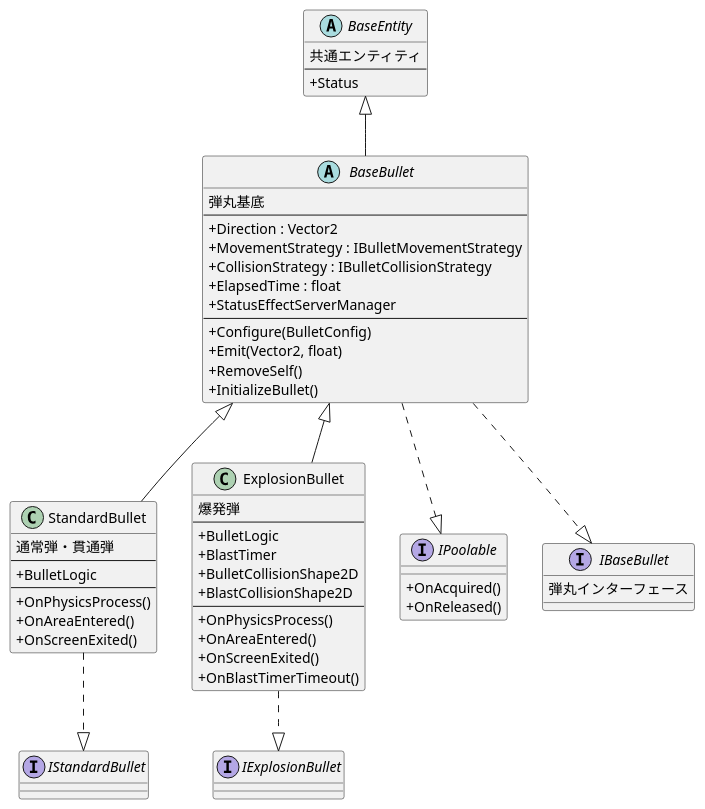
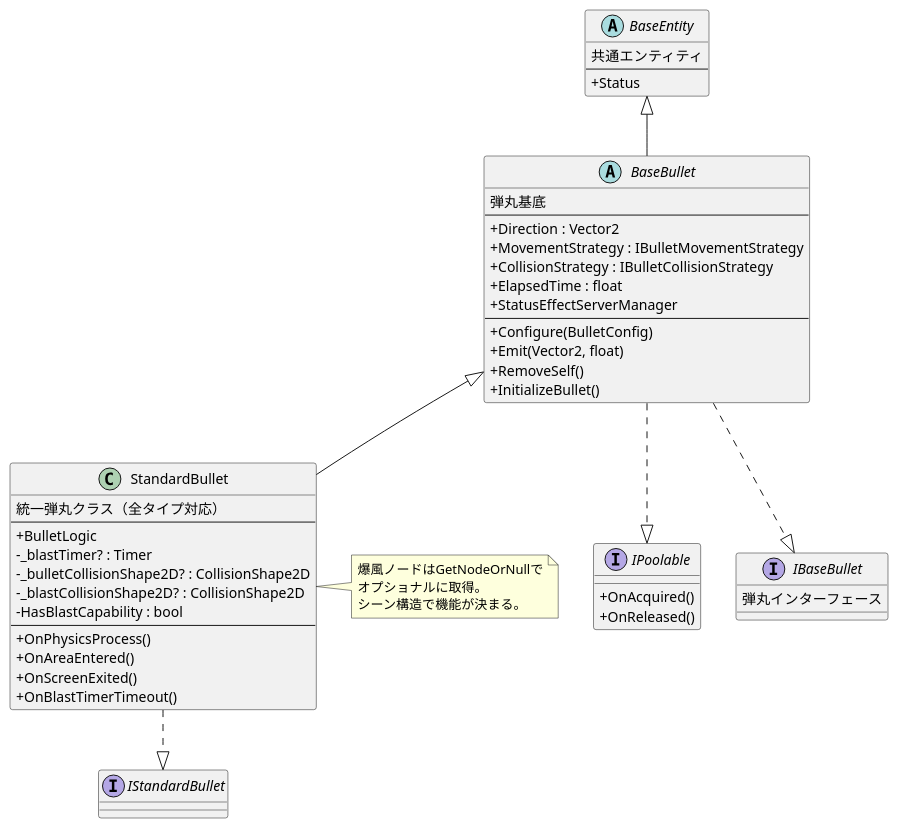
Before and after one commit to Ygoat/EternalJourney: the second of 5 diagrams in docs/BulletArchitecture.md, drawn with PlantUML. The commit also changed other lines of this file and 4 other files, not shown here.

````diff
--- a/docs/BulletArchitecture.md
+++ b/docs/BulletArchitecture.md
@@ -79,71 +80,65 @@
 ```plantuml
 @startuml クラス継承関係
 skinparam classAttributeIconSize 0
 
 abstract class BaseEntity {
     共通エンティティ
     --
     + Status
 }
 
 abstract class BaseBullet {
     弾丸基底
     --
     + Direction : Vector2
     + MovementStrategy : IBulletMovementStrategy
     + CollisionStrategy : IBulletCollisionStrategy
     + ElapsedTime : float
     + StatusEffectServerManager
     --
     + Configure(BulletConfig)
     + Emit(Vector2, float)
     + RemoveSelf()
     + InitializeBullet()
 }
 
 class StandardBullet {
-    通常弾・貫通弾
+    統一弾丸クラス（全タイプ対応）
     --
     + BulletLogic
-    --
-    + OnPhysicsProcess()
-    + OnAreaEntered()
-    + OnScreenExited()
-}
-
-class ExplosionBullet {
-    爆発弾
-    --
-    + BulletLogic
-    + BlastTimer
-    + BulletCollisionShape2D
-    + BlastCollisionShape2D
+    - _blastTimer? : Timer
+    - _bulletCollisionShape2D? : CollisionShape2D
+    - _blastCollisionShape2D? : CollisionShape2D
+    - HasBlastCapability : bool
     --
     + OnPhysicsProcess()
     + OnAreaEntered()
     + OnScreenExited()
     + OnBlastTimerTimeout()
 }
+
+note right of StandardBullet
+  爆風ノードはGetNodeOrNullで
+  オプショナルに取得。
+  シーン構造で機能が決まる。
+end note
 
 interface IPoolable {
     + OnAcquired()
     + OnReleased()
 }
 
 interface IBaseBullet {
     弾丸インターフェース
 }
 
 interface IStandardBullet
-interface IExplosionBullet
 
 BaseEntity <|-- BaseBullet
 BaseBullet <|-- StandardBullet
-BaseBullet <|-- ExplosionBullet
 
 BaseBullet ..|> IPoolable
 BaseBullet ..|> IBaseBullet
 StandardBullet ..|> IStandardBullet
-ExplosionBullet ..|> IExplosionBullet
 @enduml
 ```
````
